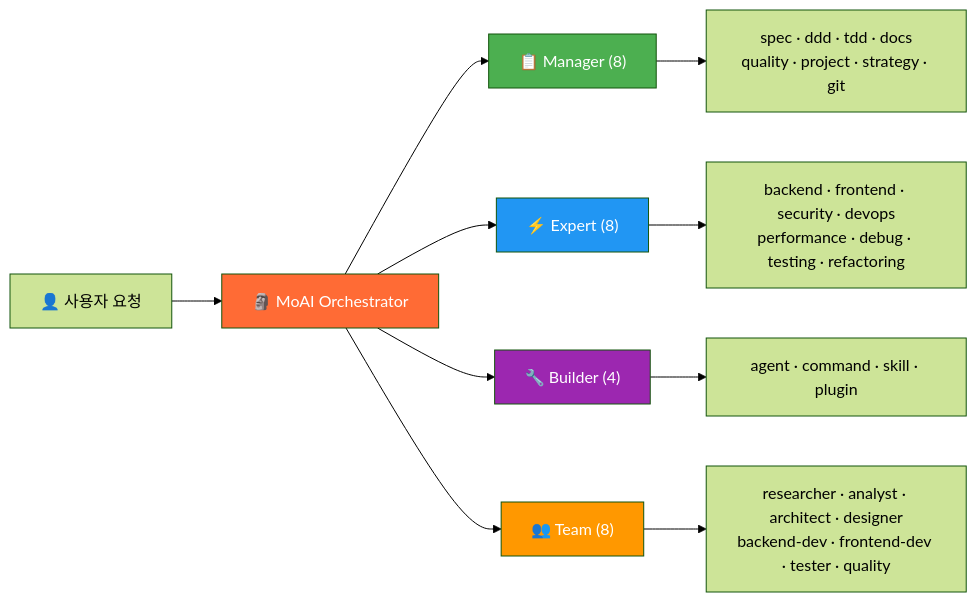
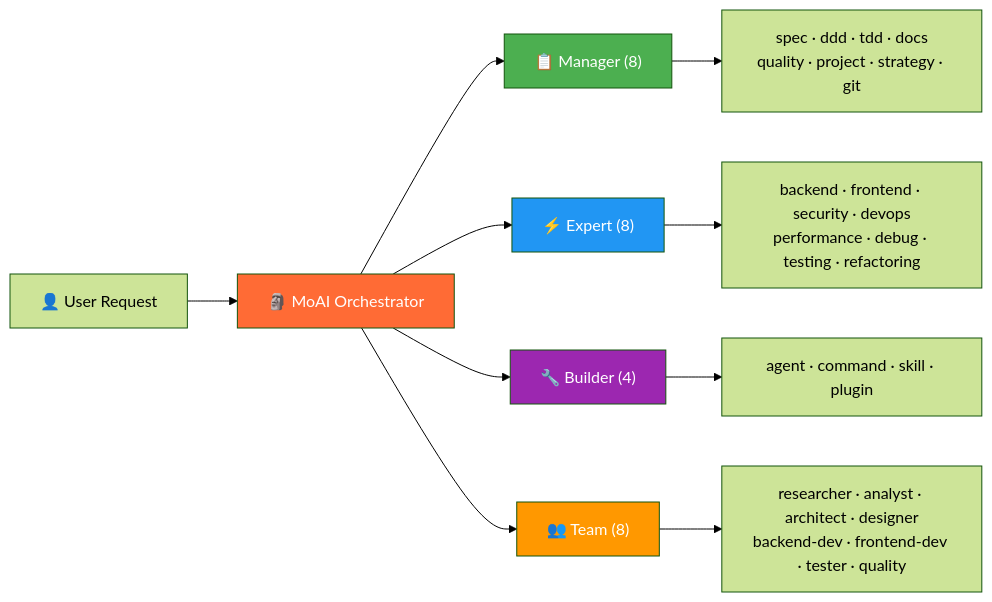
One commit to modu-ai/moai-adk changed the third of 5 diagrams in README.md. Above: the diagram before and after it, drawn with Mermaid (forest theme). The commit also changed other lines of this file and 4 other files, not shown here.

````diff
--- a/README.md
+++ b/README.md
@@ -160,20 +160,20 @@
 ```mermaid
 graph LR
-    U["👤 사용자 요청"] --> M["🗿 MoAI Orchestrator"]
+    U["👤 User Request"] --> M["🗿 MoAI Orchestrator"]
 
     M --> MG["📋 Manager (8)"]
     M --> EX["⚡ Expert (8)"]
     M --> BL["🔧 Builder (4)"]
     M --> TM["👥 Team (8)"]
 
     MG --> MG1["spec · ddd · tdd · docs<br/>quality · project · strategy · git"]
     EX --> EX1["backend · frontend · security · devops<br/>performance · debug · testing · refactoring"]
     BL --> BL1["agent · command · skill · plugin"]
     TM --> TM1["researcher · analyst · architect · designer<br/>backend-dev · frontend-dev · tester · quality"]
 
     style M fill:#FF6B35,color:#fff
     style MG fill:#4CAF50,color:#fff
     style EX fill:#2196F3,color:#fff
     style BL fill:#9C27B0,color:#fff
     style TM fill:#FF9800,color:#fff
 ```
````
